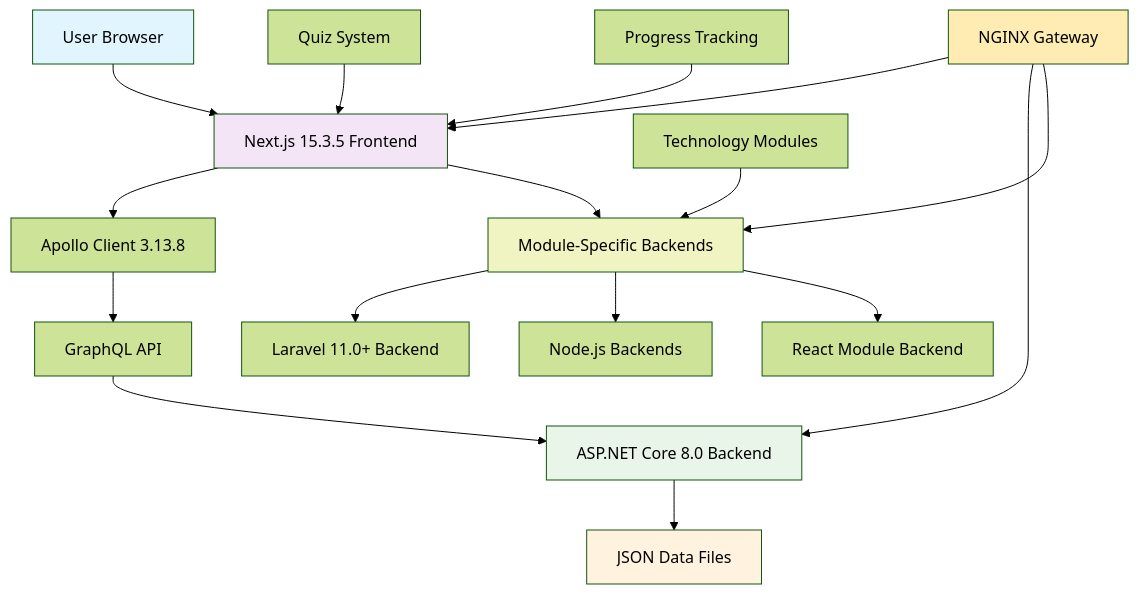
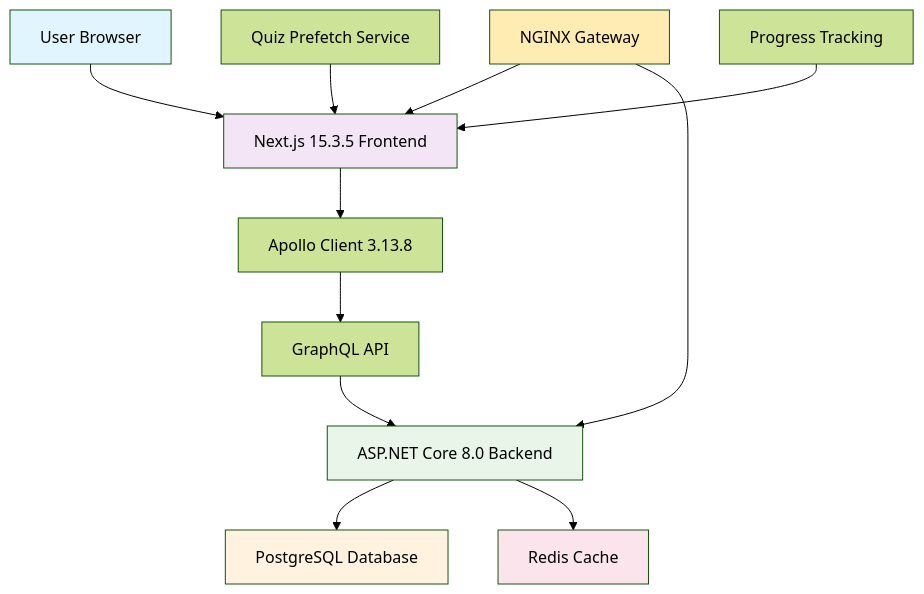
Before and after one commit to ErikVeland/GlassCodeAcademy: the diagram in README.md, drawn with Mermaid (forest theme). The commit also changed other lines of this file and 26 other files, not shown here.

````diff
--- a/README.md
+++ b/README.md
@@ -51,28 +53,22 @@
 ```mermaid
 graph TB
     A[User Browser] --> B[Next.js 15.3.5 Frontend]
     B --> C[Apollo Client 3.13.8]
     C --> D[GraphQL API]
     D --> E[ASP.NET Core 8.0 Backend]
-    E --> F[JSON Data Files]
+    E --> F[PostgreSQL Database]
+    E --> G[Redis Cache]
     
-    B --> G[Module-Specific Backends]
-    G --> H[Laravel 11.0+ Backend]
-    G --> I[Node.js Backends]
-    G --> J[React Module Backend]
+    H[NGINX Gateway] --> B
+    H --> E
     
-    K[NGINX Gateway] --> B
-    K --> E
-    K --> G
-    
-    L[Quiz System] --> B
-    M[Progress Tracking] --> B
-    N[Technology Modules] --> G
+    I[Quiz Prefetch Service] --> B
+    J[Progress Tracking] --> B
     
     style A fill:#e1f5fe
     style B fill:#f3e5f5
     style E fill:#e8f5e8
     style F fill:#fff3e0
-    style G fill:#f0f4c3
-    style K fill:#ffecb3
+    style G fill:#fce4ec
+    style H fill:#ffecb3
 ```
````
